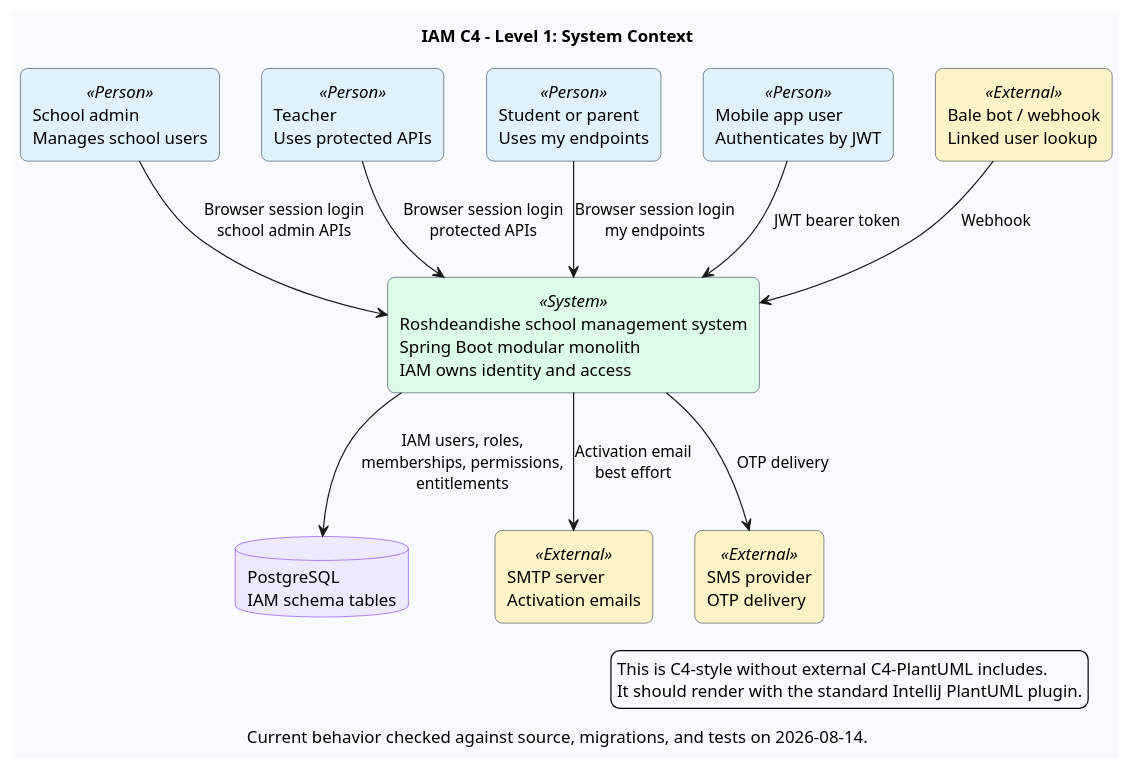
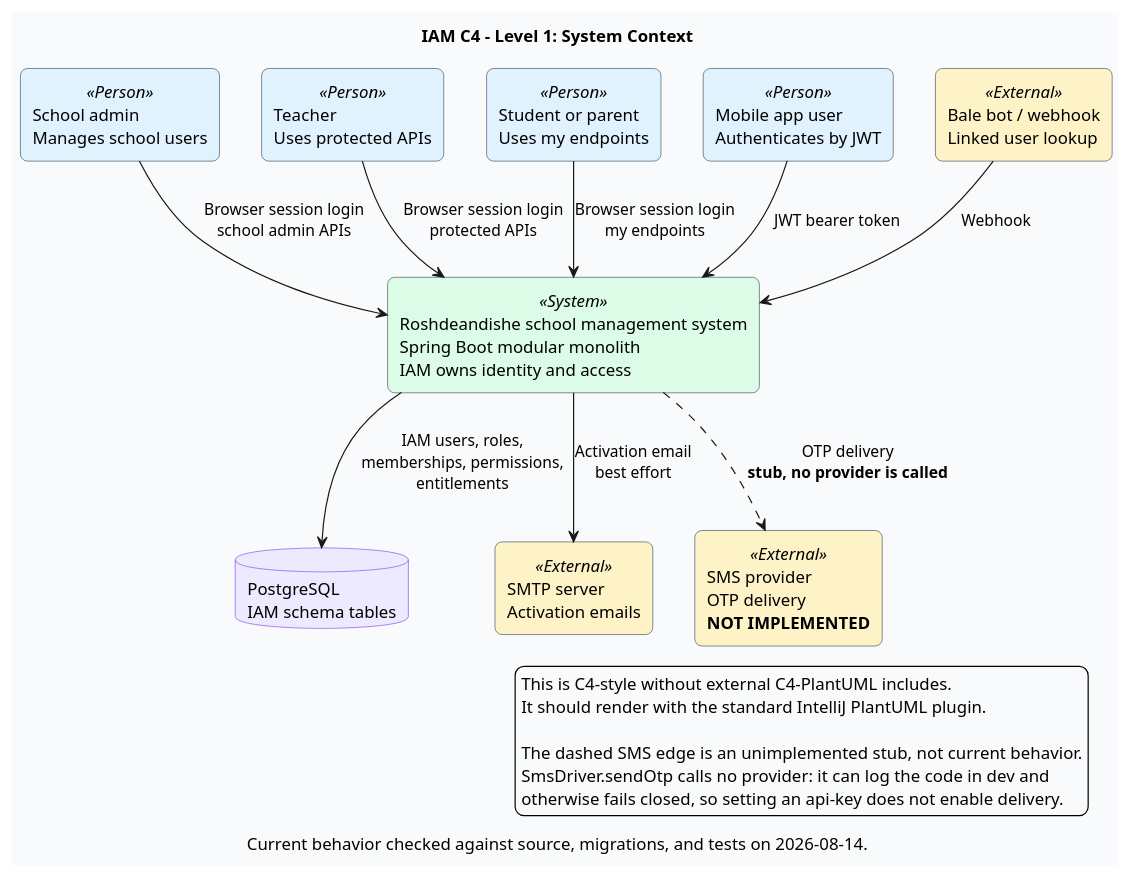
Before and after one commit to MEYSAMgh1370/school-project: the first of 6 diagrams in openspec/diagrams/iam-c4.puml, drawn with PlantUML. The commit also changed other lines of this file and 4 other files, not shown here.

First line of the commit message:
Mark SMS OTP delivery as a stub and fix the roles edge origin

```diff
--- a/openspec/diagrams/iam-c4.puml
+++ b/openspec/diagrams/iam-c4.puml
@@ -1,43 +1,47 @@
 @startuml iam_c4_context
 title IAM C4 - Level 1: System Context
 caption Current behavior checked against source, migrations, and tests on 2026-08-14.
 
 skinparam shadowing false
 skinparam backgroundColor #F8FAFC
 skinparam defaultFontName Arial
 skinparam rectangle {
   BorderColor #334155
   RoundCorner 12
 }
 skinparam database {
   BorderColor #7C3AED
   BackgroundColor #EDE9FE
 }
 
 rectangle "School admin\nManages school users" as schoolAdmin <<Person>> #E0F2FE
 rectangle "Teacher\nUses protected APIs" as teacher <<Person>> #E0F2FE
 rectangle "Student or parent\nUses my endpoints" as studentParent <<Person>> #E0F2FE
 rectangle "Mobile app user\nAuthenticates by JWT" as mobileUser <<Person>> #E0F2FE
 rectangle "Bale bot / webhook\nLinked user lookup" as bale <<External>> #FEF3C7
 
 rectangle "Roshdeandishe school management system\nSpring Boot modular monolith\nIAM owns identity and access" as system <<System>> #DCFCE7
 
 database "PostgreSQL\nIAM schema tables" as postgres
 rectangle "SMTP server\nActivation emails" as smtp <<External>> #FEF3C7
-rectangle "SMS provider\nOTP delivery" as sms <<External>> #FEF3C7
+rectangle "SMS provider\nOTP delivery\n<b>NOT IMPLEMENTED</b>" as sms <<External>> #FEF3C7
 
 schoolAdmin --> system : Browser session login\nschool admin APIs
 teacher --> system : Browser session login\nprotected APIs
 studentParent --> system : Browser session login\nmy endpoints
 mobileUser --> system : JWT bearer token
 bale --> system : Webhook
 
 system --> postgres : IAM users, roles,\nmemberships, permissions,\nentitlements
 system --> smtp : Activation email\nbest effort
-system --> sms : OTP delivery
+system ..> sms : OTP delivery\n<b>stub, no provider is called</b>
 
 legend right
   This is C4-style without external C4-PlantUML includes.
   It should render with the standard IntelliJ PlantUML plugin.
+
+  The dashed SMS edge is an unimplemented stub, not current behavior.
+  SmsDriver.sendOtp calls no provider: it can log the code in dev and
+  otherwise fails closed, so setting an api-key does not enable delivery.
 endlegend
 @enduml
```
